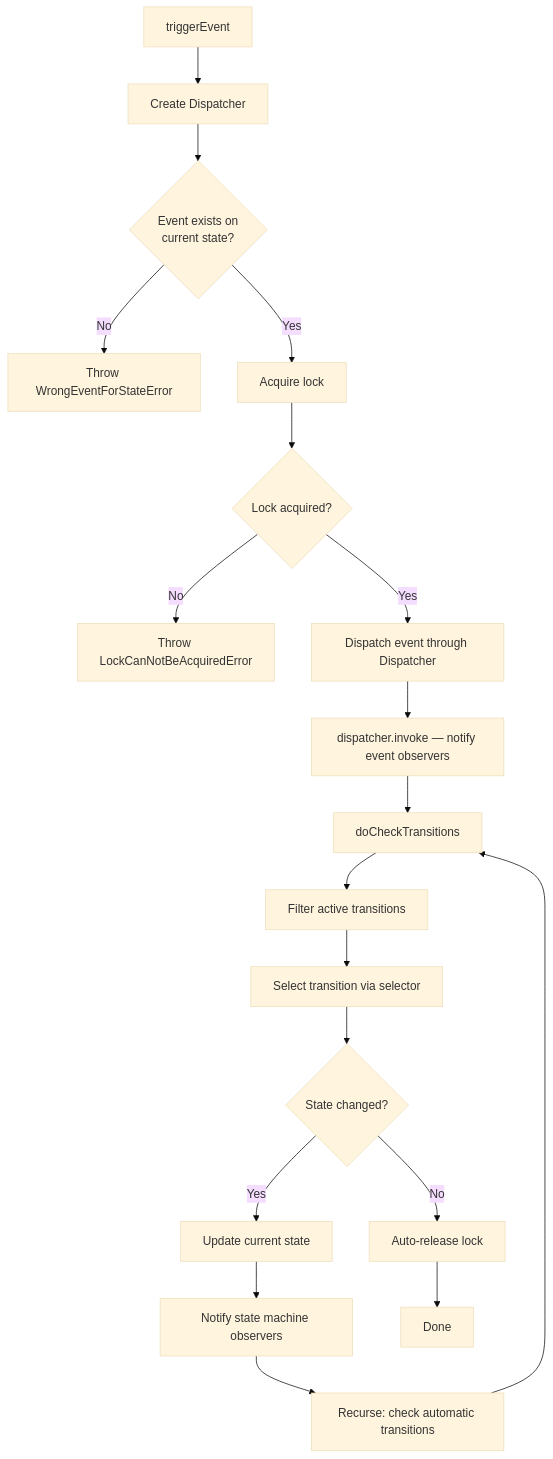
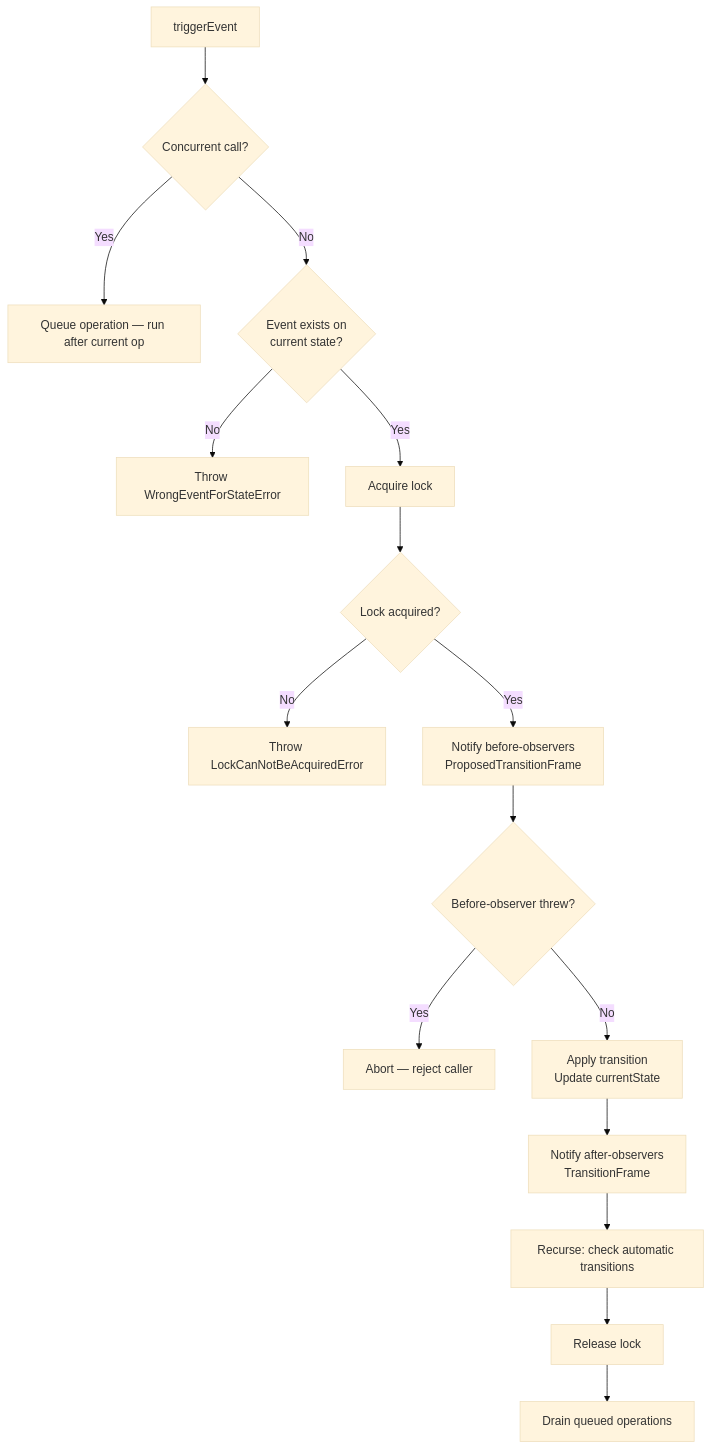
Before and after one commit to camcima/finita: the diagram in docs/core.md, drawn with Mermaid (base theme). The commit also changed other lines of this file and 12 other files, not shown here.

Commit message:
docs: update examples to v3 API (ProcessBuilder, frame observers)

````diff
--- a/docs/core.md
+++ b/docs/core.md
@@ -348,21 +388,18 @@
 ```mermaid
 flowchart TD
-    A[triggerEvent] --> B[Create Dispatcher]
-    B --> C{Event exists on\ncurrent state?}
-    C -- No --> D[Throw WrongEventForStateError]
-    C -- Yes --> E[Acquire lock]
-    E --> F{Lock acquired?}
-    F -- No --> G[Throw LockCanNotBeAcquiredError]
-    F -- Yes --> H[Dispatch event through Dispatcher]
-    H --> I[dispatcher.invoke — notify event observers]
-    I --> J[doCheckTransitions]
-    J --> K[Filter active transitions]
-    K --> L[Select transition via selector]
-    L --> M{State changed?}
-    M -- No --> Q
-    M -- Yes --> N[Update current state]
-    N --> O[Notify state machine observers]
-    O --> P[Recurse: check automatic transitions]
-    P --> J
-    Q[Auto-release lock] --> R[Done]
+    A[triggerEvent] --> B{Concurrent call?}
+    B -- Yes --> C[Queue operation — run after current op]
+    B -- No --> D{Event exists on\ncurrent state?}
+    D -- No --> E[Throw WrongEventForStateError]
+    D -- Yes --> F[Acquire lock]
+    F --> G{Lock acquired?}
+    G -- No --> H[Throw LockCanNotBeAcquiredError]
+    G -- Yes --> I[Notify before-observers\nProposedTransitionFrame]
+    I --> J{Before-observer threw?}
+    J -- Yes --> K[Abort — reject caller]
+    J -- No --> L[Apply transition\nUpdate currentState]
+    L --> M[Notify after-observers\nTransitionFrame]
+    M --> N[Recurse: check automatic transitions]
+    N --> O[Release lock]
+    O --> P[Drain queued operations]
 ```
````
